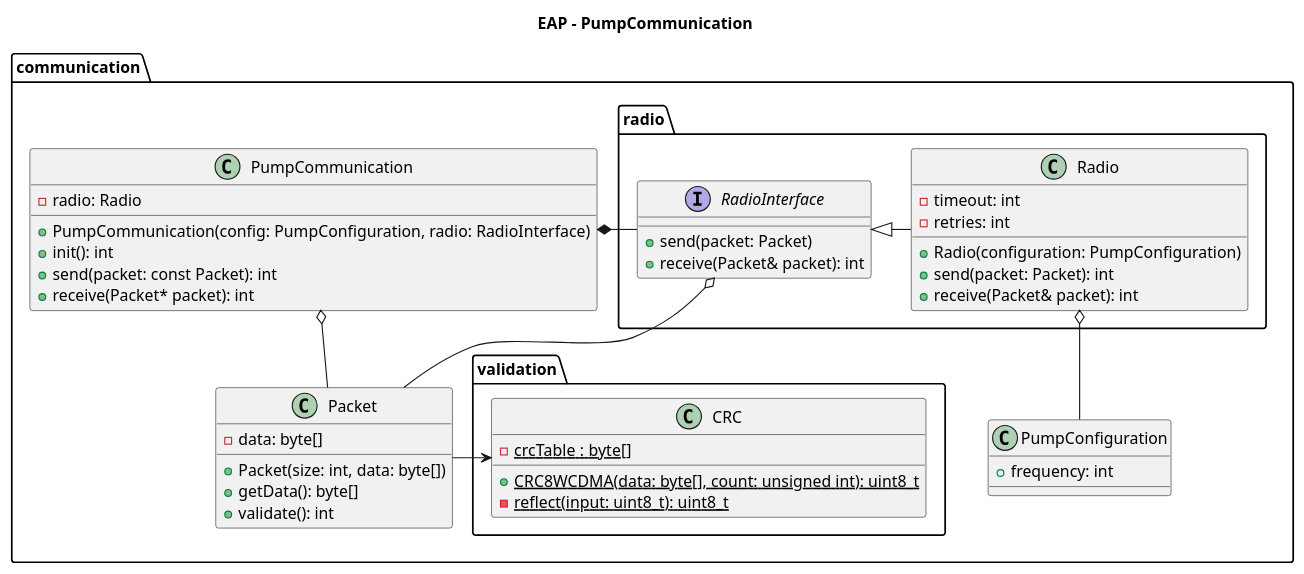
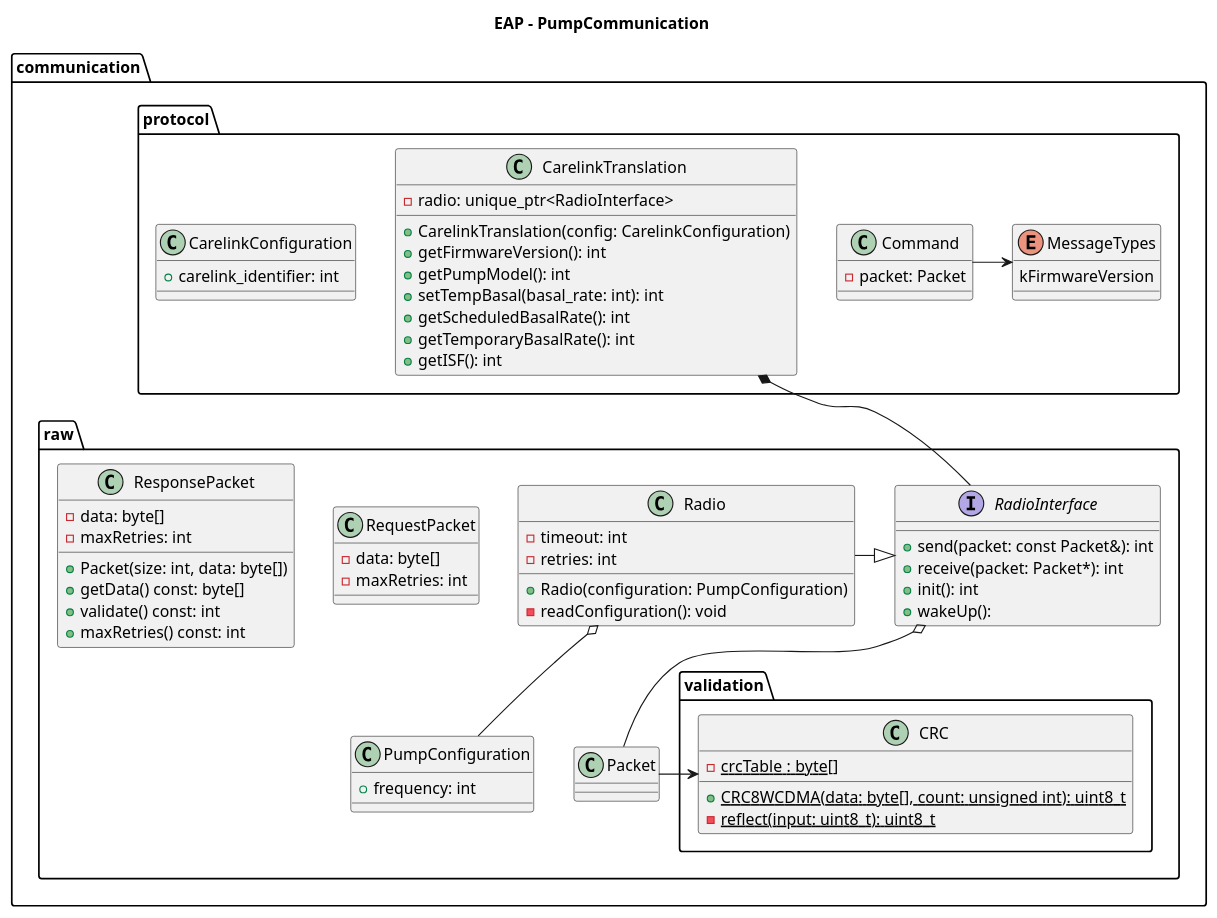
One commit to Nightscou2018/EAP changed the diagram in doc/pumpcommunication.puml. Above: the diagram before and after it, drawn with PlantUML. The commit also changed 5 other files, not shown here.

```diff
--- a/doc/pumpcommunication.puml
+++ b/doc/pumpcommunication.puml
@@ -1,59 +1,87 @@
 @startuml
 
 set namespaceSeparator ::
 
 title EAP - PumpCommunication
 
 namespace communication {
 
-class PumpCommunication {
-  + PumpCommunication(config: PumpConfiguration, radio: RadioInterface)
-  + init(): int
-  + send(packet: const Packet): int
-  + receive(Packet* packet): int
-  - radio: Radio
+namespace protocol{
+class CarelinkTranslation {
+  - radio: unique_ptr<RadioInterface>
+  + CarelinkTranslation(config: CarelinkConfiguration)
+  + getFirmwareVersion(): int
+  + getPumpModel(): int
+  + setTempBasal(basal_rate: int): int
+  + getScheduledBasalRate(): int
+  + getTemporaryBasalRate(): int
+  + getISF(): int
 }
 
-class Packet {
+enum MessageTypes {
+  kFirmwareVersion
+}
+
+class Command {
+  - packet: Packet
+}
+
+class CarelinkConfiguration {
+  + carelink_identifier: int
+}
+
+Command -> MessageTypes
+
+}
+
+namespace raw {
+
+class RequestPacket {
   - data: byte[]
+  - maxRetries: int
+}
+
+class ResponsePacket {
+  - data: byte[]
+  - maxRetries: int
   + Packet(size: int, data: byte[])
-  + getData(): byte[]
-  + validate(): int
+  + getData() const: byte[]
+  + validate() const: int
+  + maxRetries() const: int
 }
 
 class PumpConfiguration {
   + frequency: int
 }
 
-namespace radio {
 interface RadioInterface {
-  + send(packet: Packet)
-  + receive(Packet& packet): int
+  + send(packet: const Packet&): int
+  + receive(packet: Packet*): int
+  + init(): int
+  + wakeUp(): 
 }
 
 class Radio {
   + Radio(configuration: PumpConfiguration)
-  + send(packet: Packet): int
-  + receive(Packet& packet): int
   - timeout: int
   - retries: int
-}
+  - readConfiguration(): void
 }
 
 namespace validation {
 class CRC {
   {static} + CRC8WCDMA(data: byte[], count: unsigned int): uint8_t
   {static} - reflect(input: uint8_t): uint8_t
   {static} - crcTable : byte[]
 }
 }
+}
 
-Packet -> communication::validation::CRC
-communication::radio::Radio o-- PumpConfiguration
-communication::radio::Radio -|> communication::radio::RadioInterface
-communication::radio::RadioInterface o-- Packet
-PumpCommunication *- communication::radio::RadioInterface
-PumpCommunication o- Packet
+communication::raw::Packet -> communication::raw::validation::CRC
+communication::raw::Radio o-- communication::raw::PumpConfiguration
+communication::raw::Radio -|> communication::raw::RadioInterface
+communication::raw::RadioInterface o-- communication::raw::Packet
+communication::protocol::CarelinkTranslation *-- communication::raw::RadioInterface
 
 }
 @enduml
```
